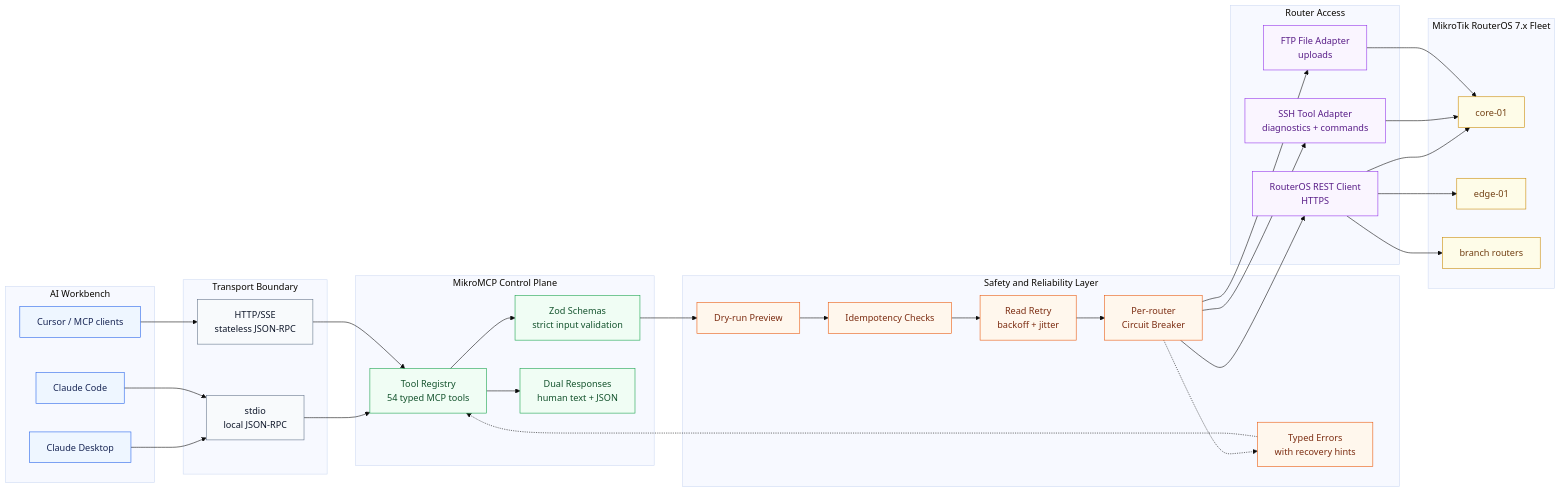
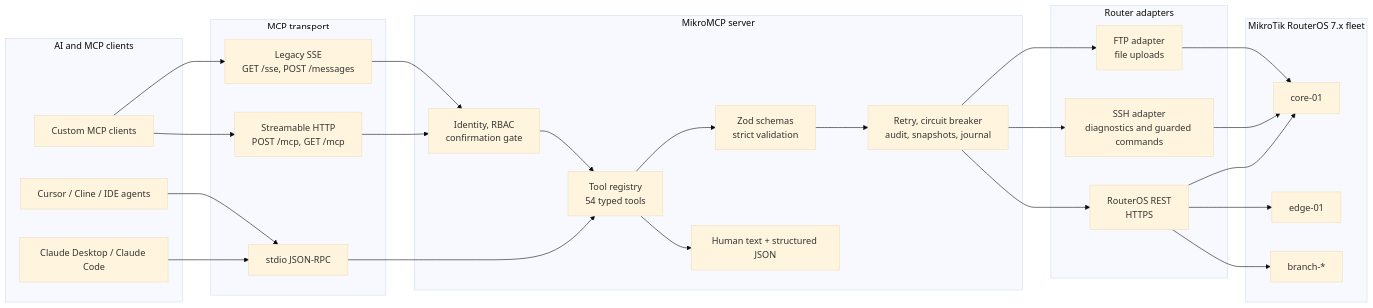
Before and after one commit to AliKarami/MikroMCP: the first of 4 diagrams in README.md, drawn with Mermaid (base theme). The commit also changed other lines of this file and 10 other files, not shown here.

````diff
--- a/README.md
+++ b/README.md
@@ -50,70 +83,54 @@
 ```mermaid
 flowchart LR
-    subgraph Workbench["AI Workbench"]
-        ClaudeDesktop["Claude Desktop"]
-        ClaudeCode["Claude Code"]
-        Cursor["Cursor / MCP clients"]
+    subgraph Clients["AI and MCP clients"]
+        Claude["Claude Desktop / Claude Code"]
+        Cursor["Cursor / Cline / IDE agents"]
+        Service["Custom MCP clients"]
     end
 
-    subgraph Transport["Transport Boundary"]
-        Stdio["stdio<br/>local JSON-RPC"]
-        Http["HTTP/SSE<br/>stateless JSON-RPC"]
+    subgraph Transport["MCP transport"]
+        Stdio["stdio JSON-RPC"]
+        Http["Streamable HTTP<br/>POST /mcp, GET /mcp"]
+        Sse["Legacy SSE<br/>GET /sse, POST /messages"]
     end
 
-    subgraph MikroMCP["MikroMCP Control Plane"]
-        Registry["Tool Registry<br/>54 typed MCP tools"]
-        Schemas["Zod Schemas<br/>strict input validation"]
-        Formatter["Dual Responses<br/>human text + JSON"]
+    subgraph Core["MikroMCP server"]
+        Registry["Tool registry<br/>54 typed tools"]
+        Schemas["Zod schemas<br/>strict validation"]
+        Auth["Identity, RBAC<br/>confirmation gate"]
+        Safety["Retry, circuit breaker<br/>audit, snapshots, journal"]
+        Format["Human text + structured JSON"]
     end
 
-    subgraph Safety["Safety and Reliability Layer"]
-        DryRun["Dry-run Preview"]
-        Idempotency["Idempotency Checks"]
-        Retry["Read Retry<br/>backoff + jitter"]
-        Breaker["Per-router<br/>Circuit Breaker"]
-        Errors["Typed Errors<br/>with recovery hints"]
+    subgraph Adapters["Router adapters"]
+        Rest["RouterOS REST<br/>HTTPS"]
+        Ssh["SSH adapter<br/>diagnostics and guarded commands"]
+        Ftp["FTP adapter<br/>file uploads"]
     end
 
-    subgraph Adapters["Router Access"]
-        Rest["RouterOS REST Client<br/>HTTPS"]
-        Ssh["SSH Tool Adapter<br/>diagnostics + commands"]
-        Ftp["FTP File Adapter<br/>uploads"]
+    subgraph Routers["MikroTik RouterOS 7.x fleet"]
+        CoreRouter["core-01"]
+        EdgeRouter["edge-01"]
+        BranchRouter["branch-*"]
     end
 
-    subgraph Fleet["MikroTik RouterOS 7.x Fleet"]
-        Core["core-01"]
-        Edge["edge-01"]
-        Branch["branch routers"]
-    end
-
-    ClaudeDesktop --> Stdio
-    ClaudeCode --> Stdio
-    Cursor --> Http
+    Claude --> Stdio
+    Cursor --> Stdio
+    Service --> Http
+    Service --> Sse
     Stdio --> Registry
-    Http --> Registry
-    Registry --> Schemas --> DryRun --> Idempotency --> Retry --> Breaker --> Rest
-    Registry --> Formatter
-    Breaker --> Ssh
-    Breaker --> Ftp
-    Rest --> Core
-    Rest --> Edge
-    Rest --> Branch
-    Ssh --> Core
-    Ftp --> Core
-    Errors -.-> Registry
-    Breaker -.-> Errors
-
-    classDef client fill:#eef6ff,stroke:#2563eb,color:#172554,stroke-width:1px;
-    classDef transport fill:#f8fafc,stroke:#64748b,color:#0f172a,stroke-width:1px;
-    classDef core fill:#f0fdf4,stroke:#16a34a,color:#14532d,stroke-width:1px;
-    classDef safety fill:#fff7ed,stroke:#ea580c,color:#7c2d12,stroke-width:1px;
-    classDef adapter fill:#faf5ff,stroke:#9333ea,color:#581c87,stroke-width:1px;
-    classDef router fill:#fefce8,stroke:#ca8a04,color:#713f12,stroke-width:1px;
-
-    class ClaudeDesktop,ClaudeCode,Cursor client;
-    class Stdio,Http transport;
-    class Registry,Schemas,Formatter core;
-    class DryRun,Idempotency,Retry,Breaker,Errors safety;
-    class Rest,Ssh,Ftp adapter;
-    class Core,Edge,Branch router;
+    Http --> Auth
+    Sse --> Auth
+    Auth --> Registry
+    Registry --> Schemas
+    Schemas --> Safety
+    Safety --> Rest
+    Safety --> Ssh
+    Safety --> Ftp
+    Rest --> CoreRouter
+    Rest --> EdgeRouter
+    Rest --> BranchRouter
+    Ssh --> CoreRouter
+    Ftp --> CoreRouter
+    Registry --> Format
 ```
````
